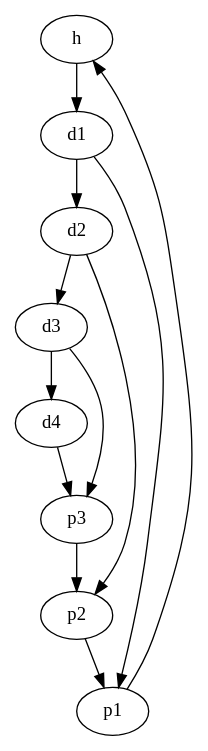
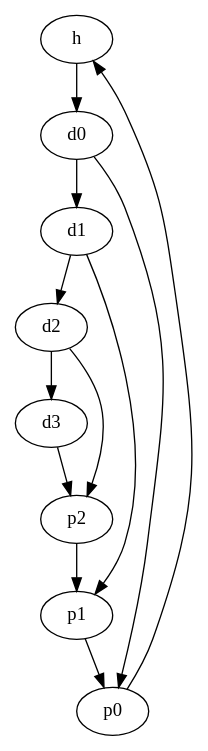
The diagram in graphs/correlator2.dot (fabiocody/retiming), drawn with Graphviz before and after one commit. The commit also changed 3 other files, not shown here.

Commit message:
Change labels in graphs

```diff
--- a/graphs/correlator2.dot
+++ b/graphs/correlator2.dot
@@ -1,21 +1,21 @@
 digraph  {
 h [weight=0];
+d0 [weight=3];
 d1 [weight=3];
 d2 [weight=3];
 d3 [weight=3];
-d4 [weight=3];
+p0 [weight=7];
 p1 [weight=7];
 p2 [weight=7];
-p3 [weight=7];
-h -> d1  [key=0, weight=1];
-d1 -> d2  [key=0, weight=1];
+h -> d0  [key=0, weight=1];
+d0 -> d1  [key=0, weight=1];
+d0 -> p0  [key=0, weight=0];
+d1 -> d2  [key=0, weight=0];
 d1 -> p1  [key=0, weight=0];
-d2 -> d3  [key=0, weight=0];
+d2 -> d3  [key=0, weight=1];
 d2 -> p2  [key=0, weight=0];
-d3 -> d4  [key=0, weight=1];
-d3 -> p3  [key=0, weight=0];
-d4 -> p3  [key=0, weight=0];
-p1 -> h  [key=0, weight=0];
-p2 -> p1  [key=0, weight=0];
-p3 -> p2  [key=0, weight=1];
+d3 -> p2  [key=0, weight=0];
+p0 -> h  [key=0, weight=0];
+p1 -> p0  [key=0, weight=0];
+p2 -> p1  [key=0, weight=1];
 }
```
